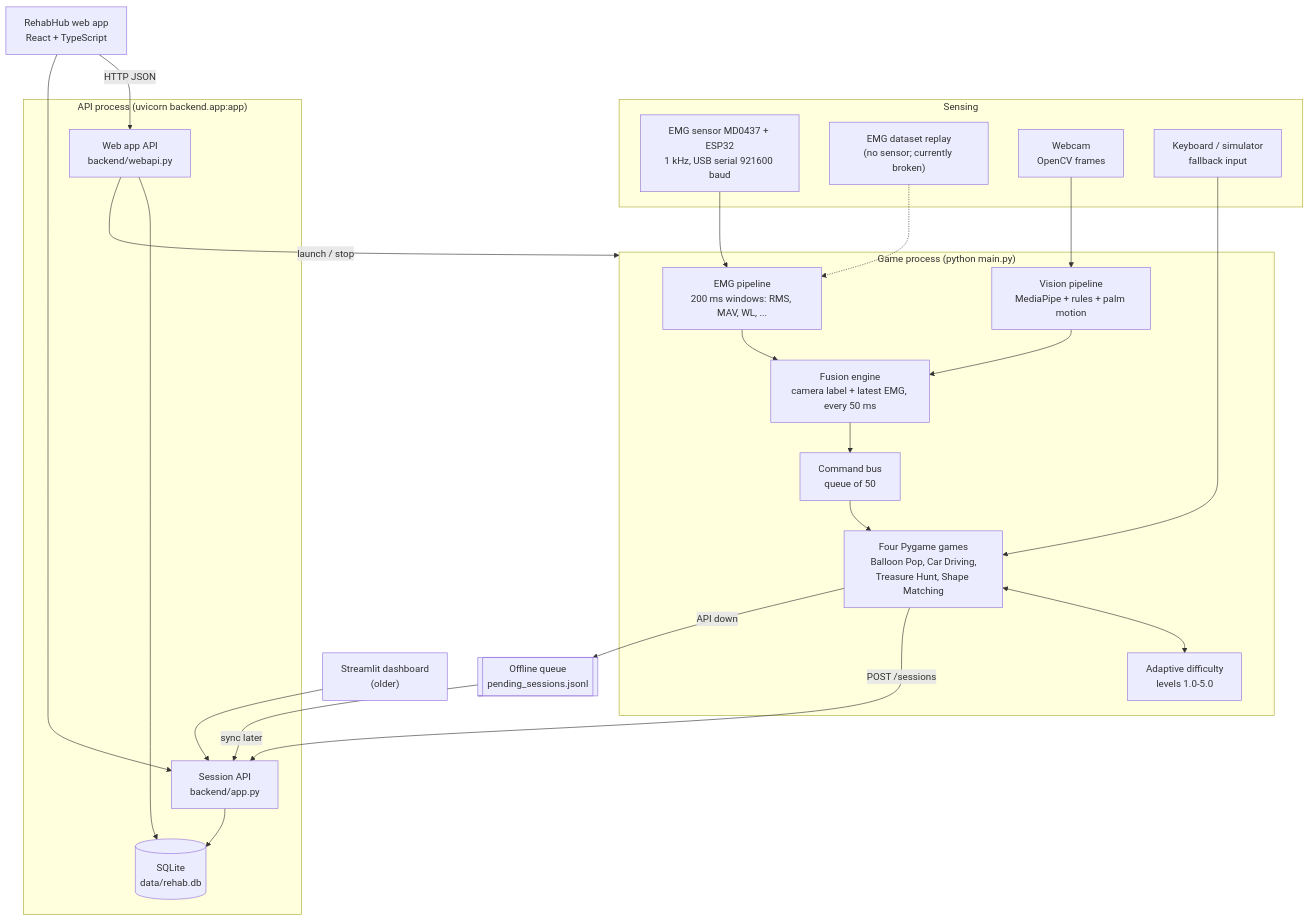
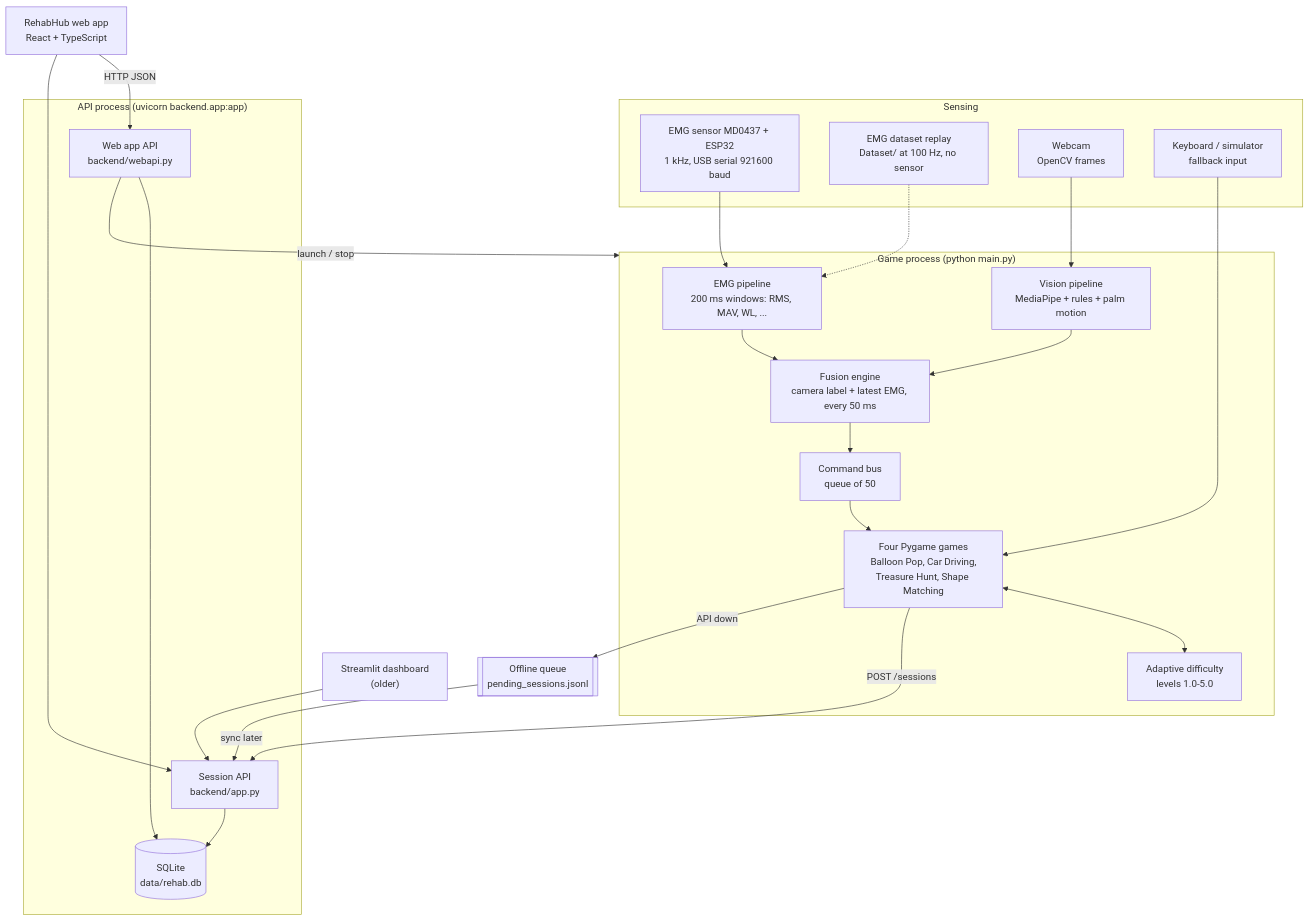
The first of 4 diagrams in docs/architecture.md (atheeqnasrullah/FYP), drawn with Mermaid before and after one commit. The commit also changed other lines of this file and 18 other files, not shown here.

````diff
--- a/docs/architecture.md
+++ b/docs/architecture.md
@@ -9,43 +9,43 @@
 ```mermaid
 flowchart TB
     subgraph Sensing
         EMG["EMG sensor MD0437 + ESP32<br/>1 kHz, USB serial 921600 baud"]
-        REPLAY["EMG dataset replay<br/>(no sensor; currently broken)"]
+        REPLAY["EMG dataset replay<br/>Dataset/ at 100 Hz, no sensor"]
         CAM["Webcam<br/>OpenCV frames"]
         KEY["Keyboard / simulator<br/>fallback input"]
     end
     subgraph GameProcess["Game process (python main.py)"]
         EMGP["EMG pipeline<br/>200 ms windows: RMS, MAV, WL, ..."]
         VIS["Vision pipeline<br/>MediaPipe + rules + palm motion"]
         FUS["Fusion engine<br/>camera label + latest EMG, every 50 ms"]
         BUS["Command bus<br/>queue of 50"]
         GAMES["Four Pygame games<br/>Balloon Pop, Car Driving,<br/>Treasure Hunt, Shape Matching"]
         DIFF["Adaptive difficulty<br/>levels 1.0-5.0"]
     end
     subgraph Server["API process (uvicorn backend.app:app)"]
         API["Session API<br/>backend/app.py"]
         WAPI["Web app API<br/>backend/webapi.py"]
         DB[("SQLite<br/>data/rehab.db")]
     end
     QUEUE[["Offline queue<br/>pending_sessions.jsonl"]]
     WEB["RehabHub web app<br/>React + TypeScript"]
     ST["Streamlit dashboard<br/>(older)"]
 
     EMG --> EMGP
     REPLAY -.-> EMGP
     CAM --> VIS
     EMGP --> FUS
     VIS --> FUS
     FUS --> BUS --> GAMES
     KEY --> GAMES
     GAMES <--> DIFF
     GAMES -- "POST /sessions" --> API
     GAMES -- "API down" --> QUEUE
     QUEUE -- "sync later" --> API
     API --> DB
     WAPI --> DB
     WEB -- "HTTP JSON" --> WAPI
     WEB --> API
     WAPI -- "launch / stop" --> GameProcess
     ST --> API
 ```
````
